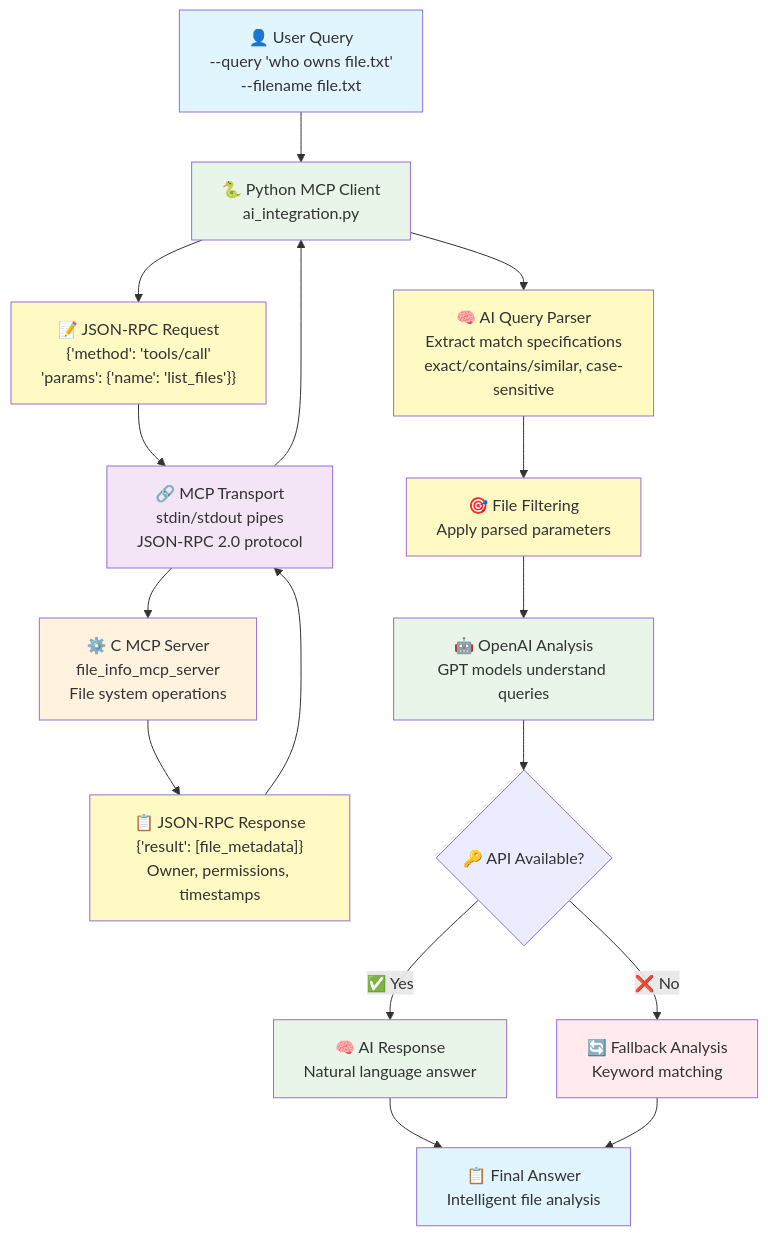
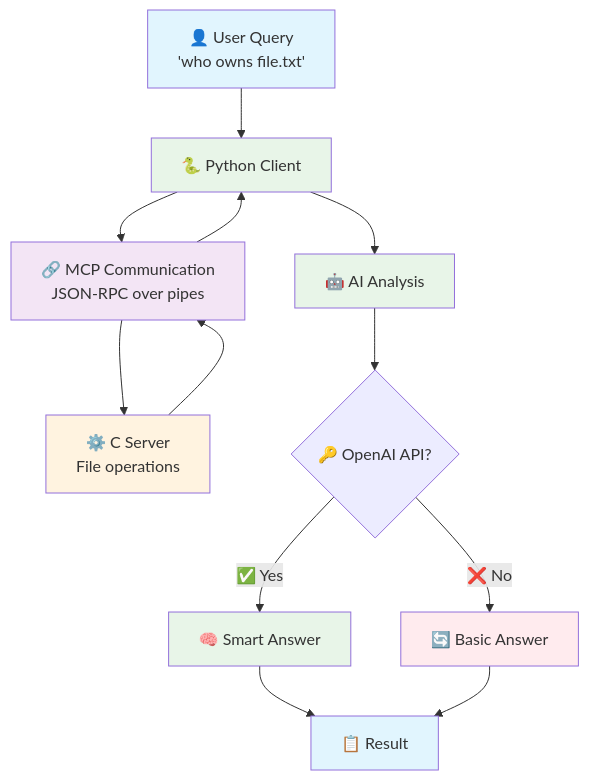
The first of 2 diagrams in README.md (engmohamedsalah/FileSavantAI), drawn with Mermaid before and after one commit.

Commit message:
Simplify main pipeline graph for better readability - Remove technical JSON-RPC details from overview - Focus on core MCP communication concept - Simplify component names (Python Client, C Server) - Reduce visual complexity while maintaining MCP architecture - Keep detailed pipeline in Data Flow section for technical users

````diff
--- a/README.md
+++ b/README.md
@@ -364,42 +364,30 @@
 ```mermaid
 graph TD
-    A["👤 User Query<br/>--query 'who owns file.txt'<br/>--filename file.txt"] --> B["🐍 Python MCP Client<br/>ai_integration.py"]
+    A["👤 User Query<br/>'who owns file.txt'"] --> B["🐍 Python Client"]
     
-    B --> C["📝 JSON-RPC Request<br/>{'method': 'tools/call'<br/>'params': {'name': 'list_files'}}"]
+    B --> C["🔗 MCP Communication<br/>JSON-RPC over pipes"]
     
-    C --> D["🔗 MCP Transport<br/>stdin/stdout pipes<br/>JSON-RPC 2.0 protocol"]
+    C --> D["⚙️ C Server<br/>File operations"]
     
-    D --> E["⚙️ C MCP Server<br/>file_info_mcp_server<br/>File system operations"]
+    D --> C
+    C --> B
     
-    E --> F["📋 JSON-RPC Response<br/>{'result': [file_metadata]}<br/>Owner, permissions, timestamps"]
+    B --> E["🤖 AI Analysis"]
     
-    F --> D
-    D --> B
+    E --> F{"🔑 OpenAI API?"}
     
-    B --> G["🧠 AI Query Parser<br/>Extract match specifications<br/>exact/contains/similar, case-sensitive"]
+    F -->|"✅ Yes"| G["🧠 Smart Answer"]
+    F -->|"❌ No"| H["🔄 Basic Answer"]
     
-    G --> H["🎯 File Filtering<br/>Apply parsed parameters"]
-    
-    H --> I["🤖 OpenAI Analysis<br/>GPT models understand queries"]
-    
-    I --> J{"🔑 API Available?"}
-    
-    J -->|"✅ Yes"| K["🧠 AI Response<br/>Natural language answer"]
-    J -->|"❌ No"| L["🔄 Fallback Analysis<br/>Keyword matching"]
-    
-    K --> M["📋 Final Answer<br/>Intelligent file analysis"]
-    L --> M
+    G --> I["📋 Result"]
+    H --> I
     
     style A fill:#e1f5fe
     style B fill:#e8f5e8
-    style C fill:#fff9c4
-    style D fill:#f3e5f5
-    style E fill:#fff3e0
-    style F fill:#fff9c4
-    style G fill:#fff9c4
-    style H fill:#fff9c4
-    style I fill:#e8f5e8
-    style K fill:#e8f5e8
-    style L fill:#ffebee
-    style M fill:#e1f5fe
+    style C fill:#f3e5f5
+    style D fill:#fff3e0
+    style E fill:#e8f5e8
+    style G fill:#e8f5e8
+    style H fill:#ffebee
+    style I fill:#e1f5fe
 ```
````
